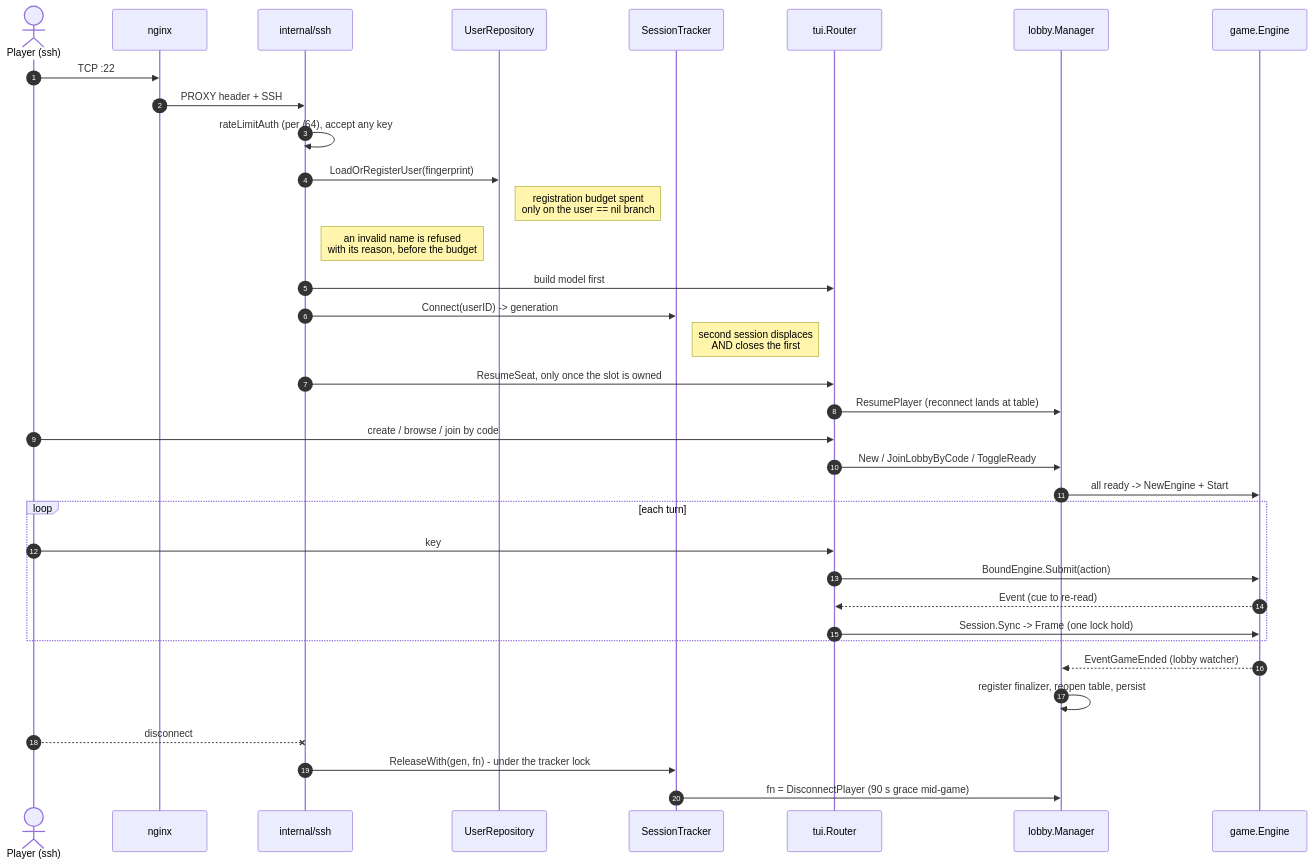
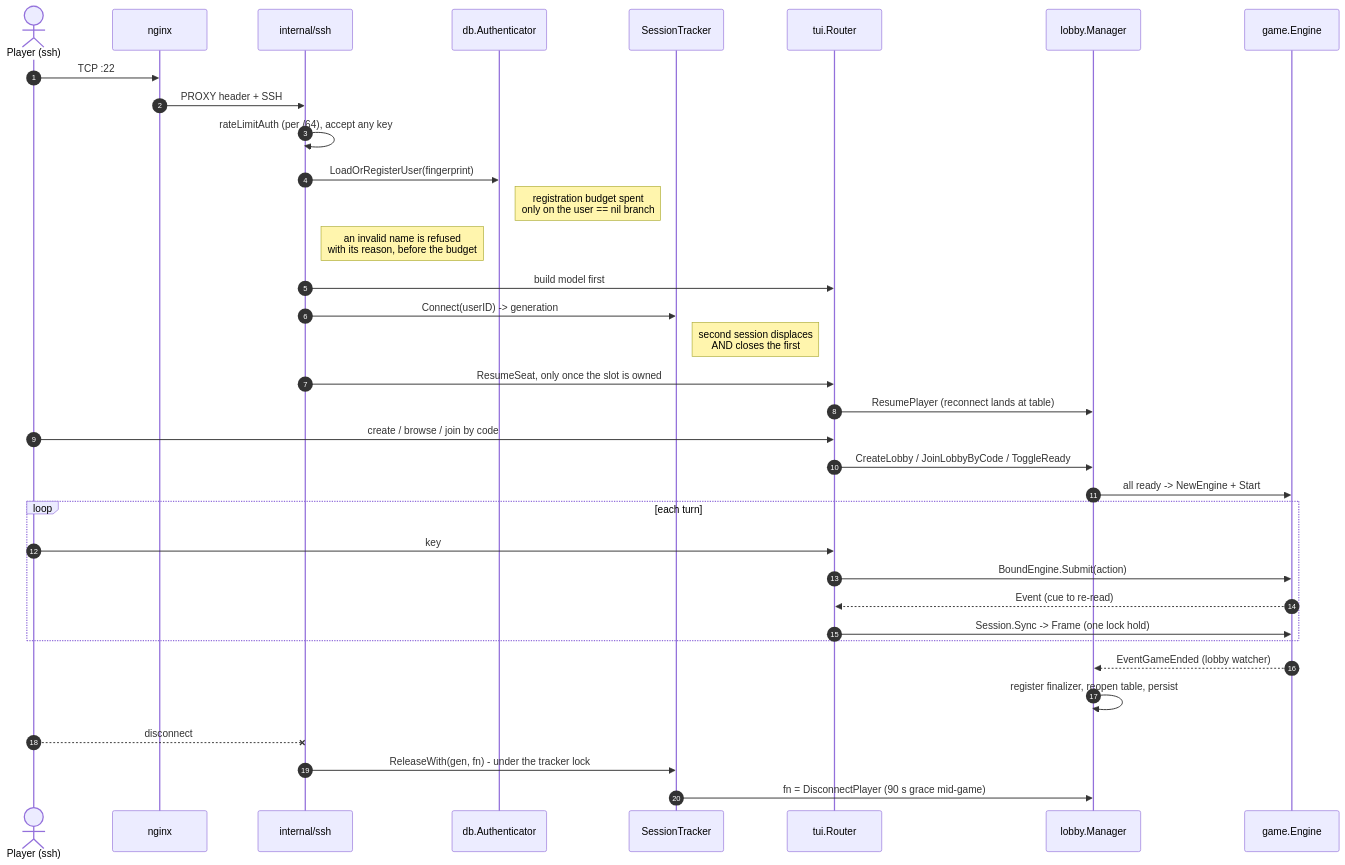
One commit to Pieczasz/terminal-card changed the fourth of 11 diagrams in docs/codebase-map.md. Above: the diagram before and after it, drawn with Mermaid. The commit also changed other lines of this file and 1 other file, not shown here.

Commit message:
docs(codebase-map): recount, regenerate the package and class diagrams, refresh the reading guide

````diff
--- a/docs/codebase-map.md
+++ b/docs/codebase-map.md
@@ -172,38 +191,38 @@
 ```mermaid
 sequenceDiagram
     autonumber
     actor P as Player (ssh)
     participant N as nginx
     participant S as internal/ssh
-    participant R as UserRepository
+    participant R as db.Authenticator
     participant T as SessionTracker
     participant TUI as tui.Router
     participant M as lobby.Manager
     participant E as game.Engine
 
     P->>N: TCP :22
     N->>S: PROXY header + SSH
     S->>S: rateLimitAuth (per /64), accept any key
     S->>R: LoadOrRegisterUser(fingerprint)
     Note right of R: registration budget spent<br/>only on the user == nil branch
     Note right of S: an invalid name is refused<br/>with its reason, before the budget
     S->>TUI: build model first
     S->>T: Connect(userID) -> generation
     Note right of T: second session displaces<br/>AND closes the first
     S->>TUI: ResumeSeat, only once the slot is owned
     TUI->>M: ResumePlayer (reconnect lands at table)
     P->>TUI: create / browse / join by code
-    TUI->>M: New / JoinLobbyByCode / ToggleReady
+    TUI->>M: CreateLobby / JoinLobbyByCode / ToggleReady
     M->>E: all ready -> NewEngine + Start
     loop each turn
         P->>TUI: key
         TUI->>E: BoundEngine.Submit(action)
         E-->>TUI: Event (cue to re-read)
         TUI->>E: Session.Sync -> Frame (one lock hold)
     end
     E-->>M: EventGameEnded (lobby watcher)
     M->>M: register finalizer, reopen table, persist
     P--xS: disconnect
     S->>T: ReleaseWith(gen, fn) - under the tracker lock
     T->>M: fn = DisconnectPlayer (90 s grace mid-game)
 ```
````
